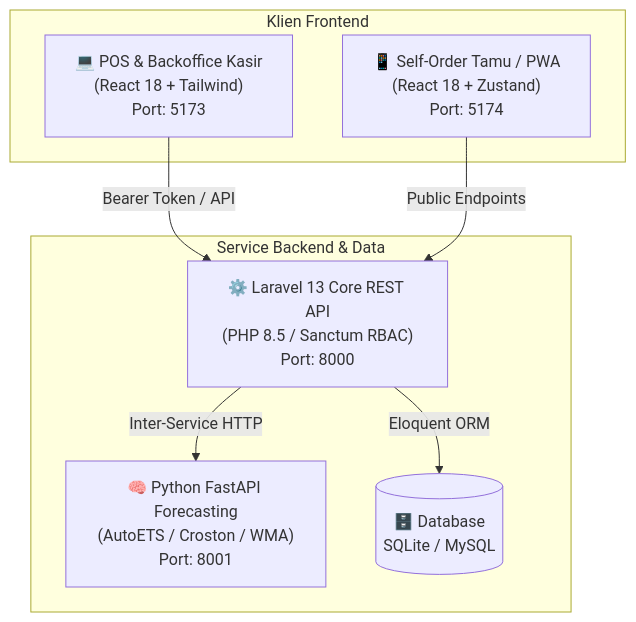
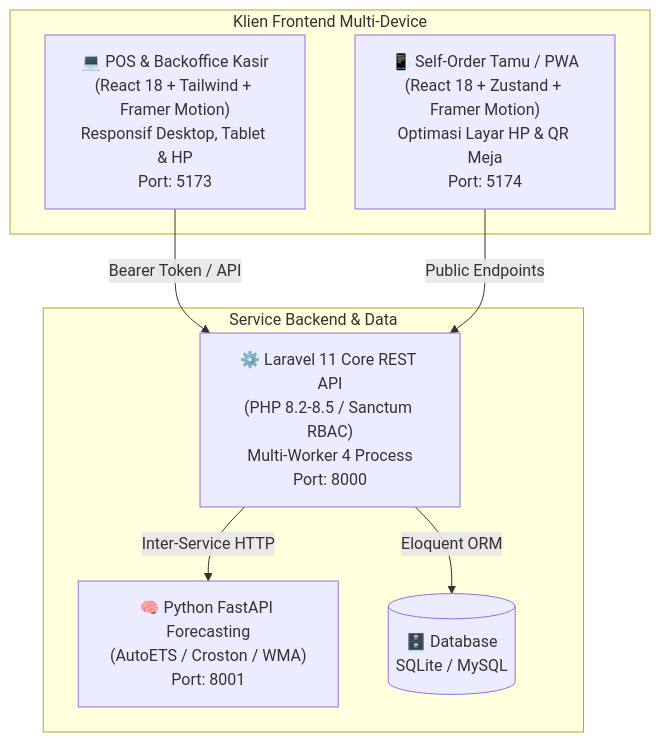
Before and after one commit to NoName-LastMan/Sistem-kasir-arunika: the first of 2 diagrams in README.md, drawn with Mermaid. The commit also changed other lines of this file and 78 other files, not shown here.

````diff
--- a/README.md
+++ b/README.md
@@ -39,18 +52,18 @@
 ```mermaid
 graph TD
-    subgraph Klien Frontend
-        POS["💻 POS & Backoffice Kasir<br/>(React 18 + Tailwind)<br/>Port: 5173"]
-        CAFE["📱 Self-Order Tamu / PWA<br/>(React 18 + Zustand)<br/>Port: 5174"]
+    subgraph Klien Frontend Multi-Device
+        POS["💻 POS & Backoffice Kasir<br/>(React 18 + Tailwind + Framer Motion)<br/>Responsif Desktop, Tablet & HP<br/>Port: 5173"]
+        CAFE["📱 Self-Order Tamu / PWA<br/>(React 18 + Zustand + Framer Motion)<br/>Optimasi Layar HP & QR Meja<br/>Port: 5174"]
     end
 
     subgraph Service Backend & Data
-        API["⚙️ Laravel 13 Core REST API<br/>(PHP 8.5 / Sanctum RBAC)<br/>Port: 8000"]
+        API["⚙️ Laravel 11 Core REST API<br/>(PHP 8.2-8.5 / Sanctum RBAC)<br/>Multi-Worker 4 Process<br/>Port: 8000"]
         AI["🧠 Python FastAPI Forecasting<br/>(AutoETS / Croston / WMA)<br/>Port: 8001"]
         DB[("🗄️ Database<br/>SQLite / MySQL")]
     end
 
     POS -->|Bearer Token / API| API
     CAFE -->|Public Endpoints| API
     API -->|Inter-Service HTTP| AI
     API -->|Eloquent ORM| DB
 ```
````
